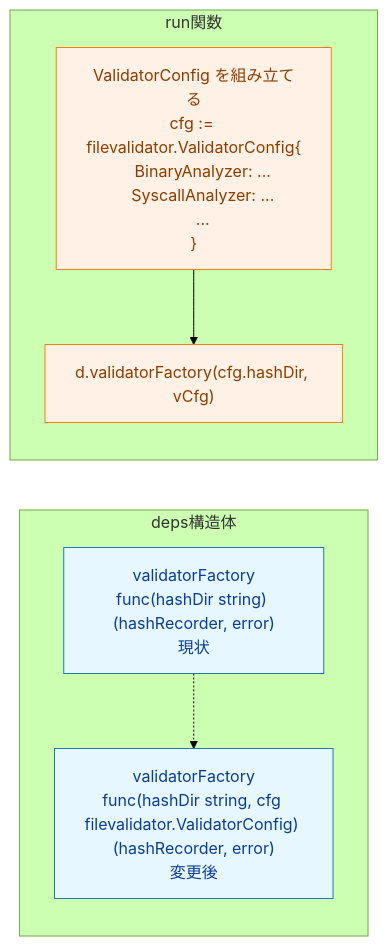
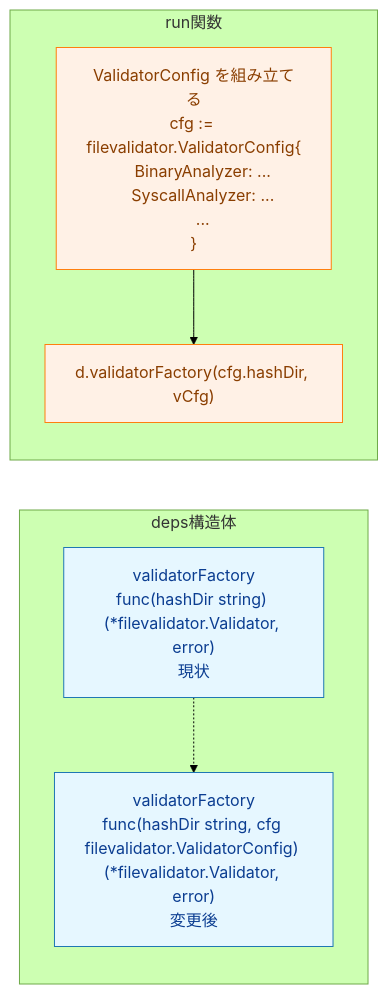
Before and after one commit to isseis/go-safe-cmd-runner: the fourth of 5 diagrams in docs/tasks/0132_validator_config_struct/02_architecture.md, drawn with Mermaid (forest theme). The commit also changed other lines of this file and 1 other file, not shown here.

First line of the commit message:
docs(task-0132): correct validatorFactory return type and migration counts

````diff
--- a/docs/tasks/0132_validator_config_struct/02_architecture.md
+++ b/docs/tasks/0132_validator_config_struct/02_architecture.md
@@ -140,21 +140,21 @@
 ```mermaid
 graph LR
     classDef data fill:#e6f7ff,stroke:#1f77b4,stroke-width:1px,color:#0b3d91;
     classDef process fill:#fff1e6,stroke:#ff7f0e,stroke-width:1px,color:#8a3e00;
 
     subgraph deps構造体
-        FAC_OLD["validatorFactory<br/>func(hashDir string) (hashRecorder, error)<br/>現状"]
-        FAC_NEW["validatorFactory<br/>func(hashDir string, cfg filevalidator.ValidatorConfig) (hashRecorder, error)<br/>変更後"]
+        FAC_OLD["validatorFactory<br/>func(hashDir string) (*filevalidator.Validator, error)<br/>現状"]
+        FAC_NEW["validatorFactory<br/>func(hashDir string, cfg filevalidator.ValidatorConfig) (*filevalidator.Validator, error)<br/>変更後"]
     end
 
     subgraph run関数
         BUILD["ValidatorConfig を組み立てる<br/>cfg := filevalidator.ValidatorConfig{<br/>    BinaryAnalyzer: ...<br/>    SyscallAnalyzer: ...<br/>    ...<br/>}"]
         CALL["d.validatorFactory(cfg.hashDir, vCfg)"]
     end
 
     FAC_OLD -.-> FAC_NEW
     BUILD --> CALL
 
     class FAC_OLD,FAC_NEW data;
     class BUILD,CALL process;
 ```
````
